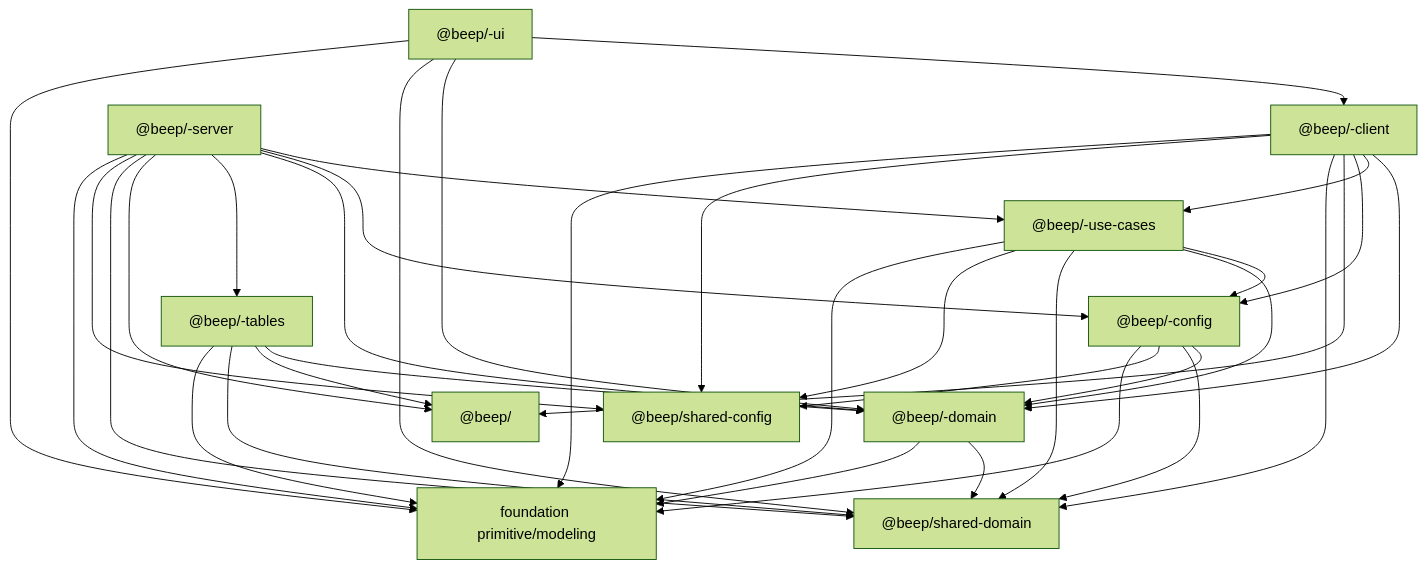
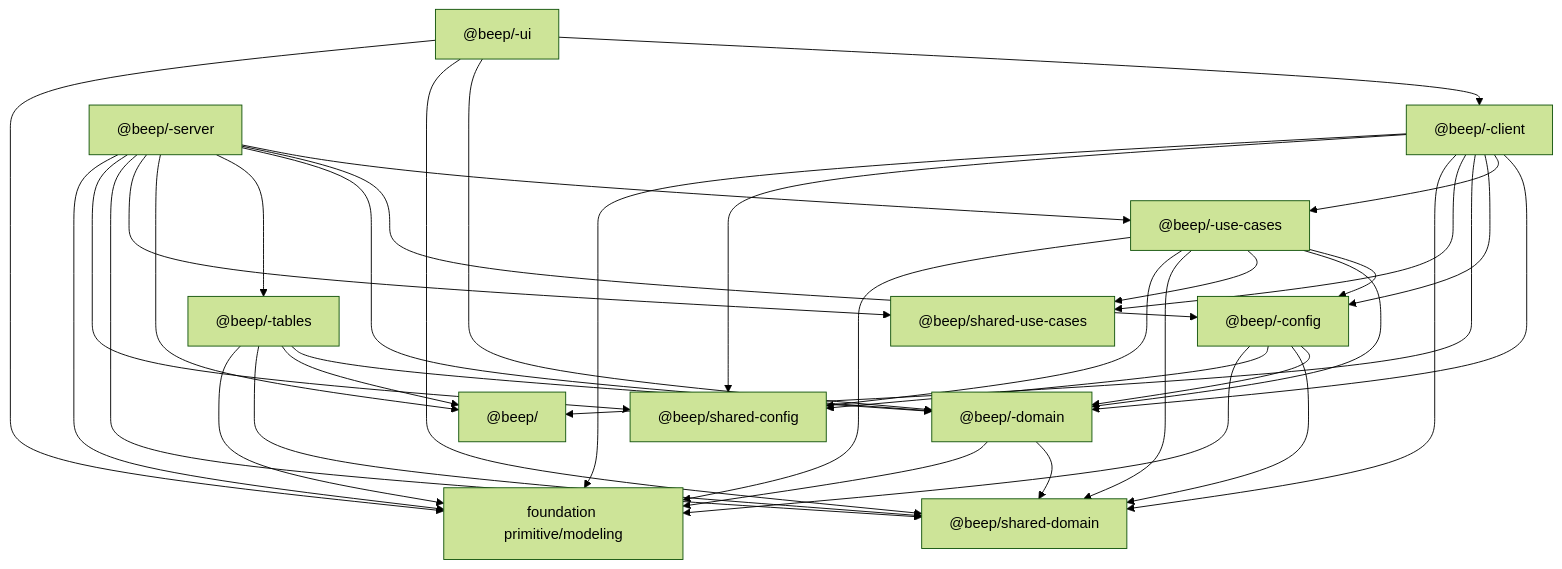
One commit to kriegcloud/beep-effect changed the first of 6 diagrams in standards/ARCHITECTURE.md. Above: the diagram before and after it, drawn with Mermaid (forest theme). The commit also changed other lines of this file and 13 other files, not shown here.

Commit message:
feat: refine architecture packet and add case string schemas

````diff
--- a/standards/ARCHITECTURE.md
+++ b/standards/ARCHITECTURE.md
@@ -120,50 +121,54 @@
 ```mermaid
 flowchart TD
   ui["@beep/<slice>-ui"]
   client["@beep/<slice>-client"]
   usecases["@beep/<slice>-use-cases"]
   config["@beep/<slice>-config"]
   server["@beep/<slice>-server"]
   domain["@beep/<slice>-domain"]
   tables["@beep/<slice>-tables"]
   drivers["@beep/<driver>"]
   sharedDomain["@beep/shared-domain"]
+  sharedUseCases["@beep/shared-use-cases"]
   sharedConfig["@beep/shared-config"]
   foundation["foundation primitive/modeling"]
 
   ui --> client
   ui --> domain
   client --> domain
   client --> usecases
   client --> config
   client --> drivers
   server --> usecases
   server --> config
   server --> domain
   server --> tables
   server --> drivers
   usecases --> config
   usecases --> domain
   config --> domain
   tables --> domain
   tables --> drivers
 
   domain --> sharedDomain
+  usecases --> sharedUseCases
   domain --> foundation
   usecases --> sharedDomain
   usecases --> sharedConfig
+  server --> sharedUseCases
   usecases --> foundation
   config --> sharedDomain
   config --> sharedConfig
   config --> foundation
   server --> sharedDomain
   server --> sharedConfig
   server --> foundation
+  client --> sharedUseCases
   client --> sharedDomain
   client --> sharedConfig
   client --> foundation
   ui --> sharedDomain
   ui --> foundation
   tables --> sharedDomain
   tables --> foundation
 ```
````
